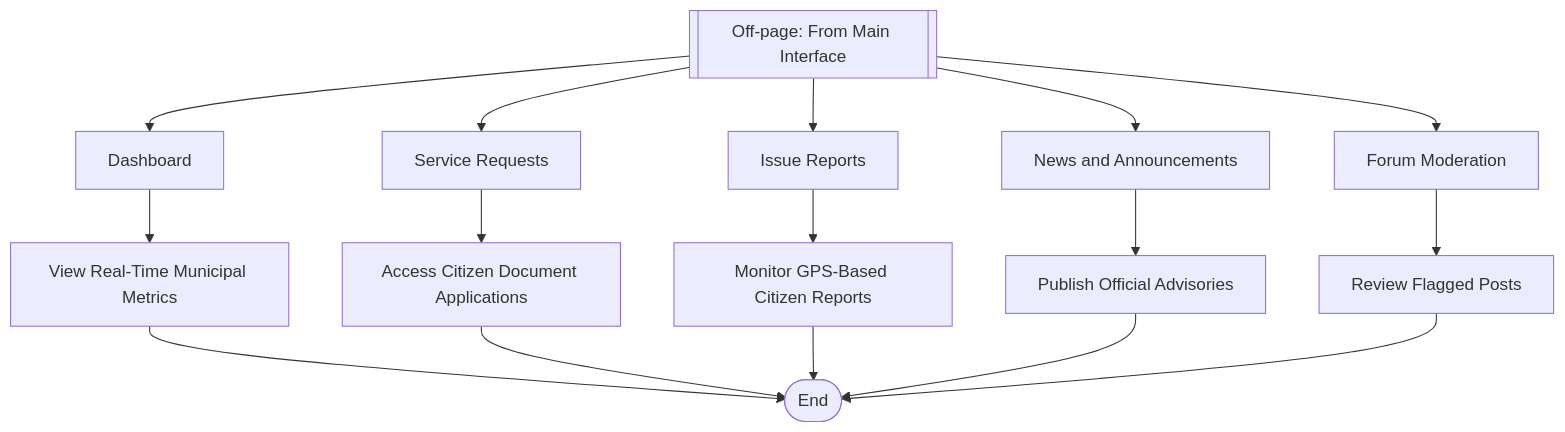
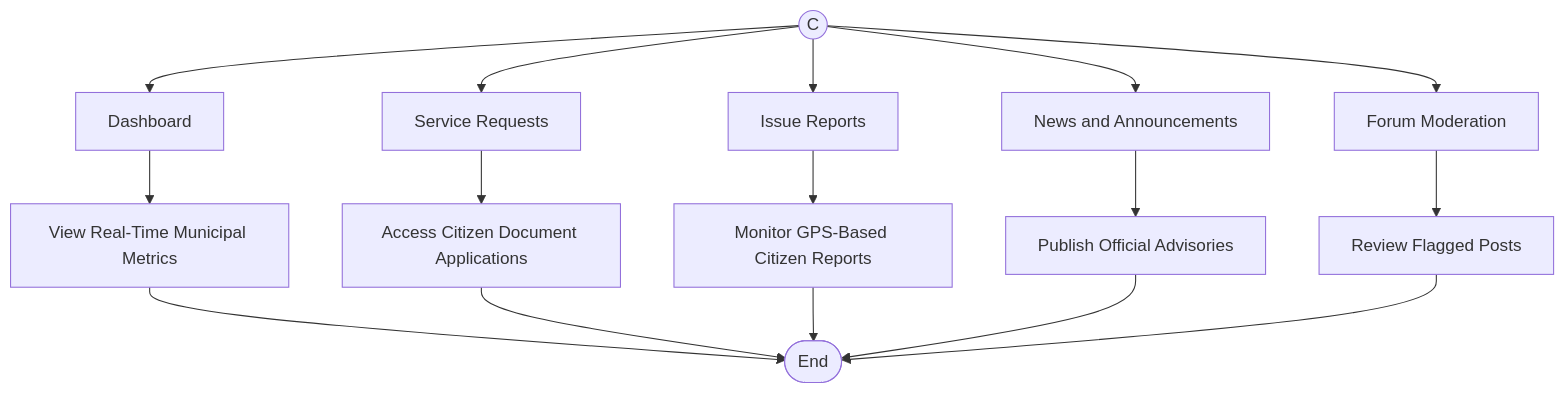
One commit to Jechrispotato/Refractor changed the seventh of 33 diagrams in Manuscript/diagrams.md. Above: the diagram before and after it, drawn with Mermaid. The commit also changed other lines of this file and 2 other files, not shown here.

````diff
--- a/Manuscript/diagrams.md
+++ b/Manuscript/diagrams.md
@@ -142,21 +142,21 @@
 ```mermaid
 flowchart TD
-    OP1[[Off-page: From Main Interface]] --> Dash[Dashboard]
+    OP1((C)) --> Dash[Dashboard]
     OP1 --> SR[Service Requests]
     OP1 --> IR[Issue Reports]
     OP1 --> News[News and Announcements]
     OP1 --> Forum[Forum Moderation]
 
     Dash --> Metrics[View Real-Time Municipal Metrics]
     SR --> Queue[Access Citizen Document Applications]
     IR --> MapQueue[Monitor GPS-Based Citizen Reports]
 
     News --> Publish[Publish Official Advisories]
     Forum --> Moderate[Review Flagged Posts]
 
     Metrics --> Done([End])
     Queue --> Done
     MapQueue --> Done
     Publish --> Done
     Moderate --> Done
 ```
````
